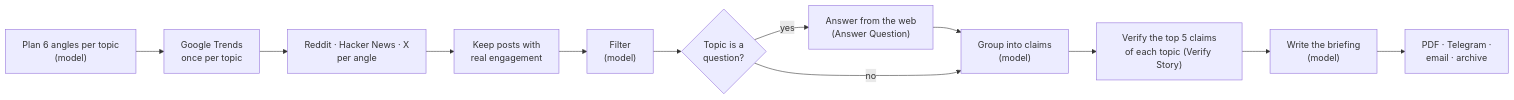
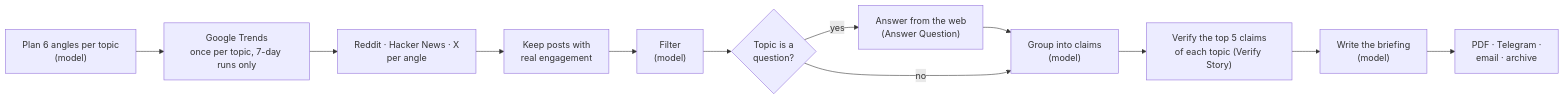
Before and after one commit to thalderg/n8n: the second of 9 diagrams in workflows/claim-checks/README.md, drawn with Mermaid. The commit also changed other lines of this file and 1 other file, not shown here.

Commit message:
Claim Checks: Google Trends on 7-day runs only
The daily run no longer calls SerpApi: in November a 1-day window gave rising searches in 3 of 16 runs, all weak, while using most of the free monthly allowance. Weekly runs and bot searches still ask Google Trends.

````diff
--- a/workflows/claim-checks/README.md
+++ b/workflows/claim-checks/README.md
@@ -92,14 +92,14 @@
 ```mermaid
 flowchart LR
-    A["Plan 6 angles per topic<br/>(model)"] --> B["Google Trends<br/>once per topic"]
+    A["Plan 6 angles per topic<br/>(model)"] --> B["Google Trends<br/>once per topic, 7-day runs only"]
     B --> C["Reddit · Hacker News · X<br/>per angle"]
     C --> D["Keep posts with<br/>real engagement"]
     D --> E["Filter<br/>(model)"]
     E --> Q{"Topic is a<br/>question?"}
     Q -- yes --> QA["Answer from the web<br/>(Answer Question)"]
     QA --> F
     Q -- no --> F["Group into claims<br/>(model)"]
     F --> G["Verify the top 5 claims<br/>of each topic (Verify Story)"]
     G --> H["Write the briefing<br/>(model)"]
     H --> I["PDF · Telegram ·<br/>email · archive"]
 ```
````
